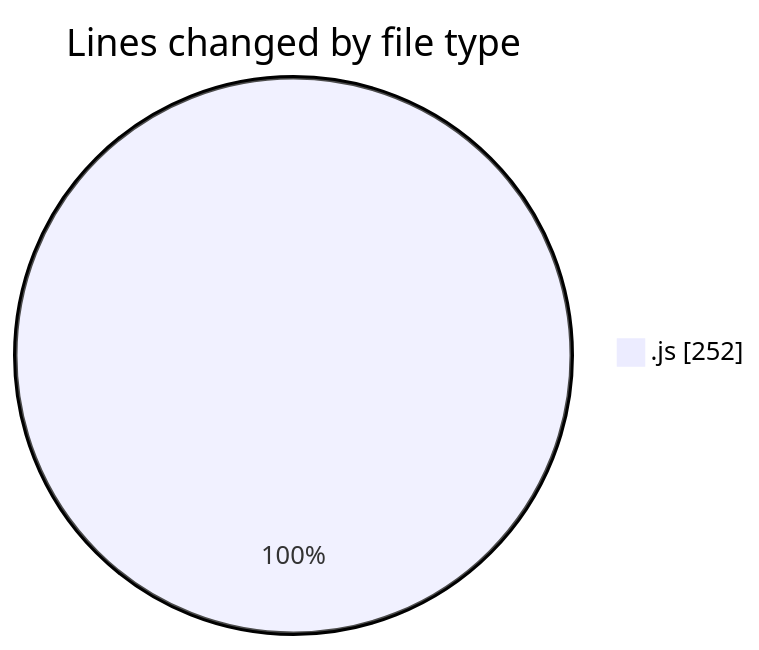
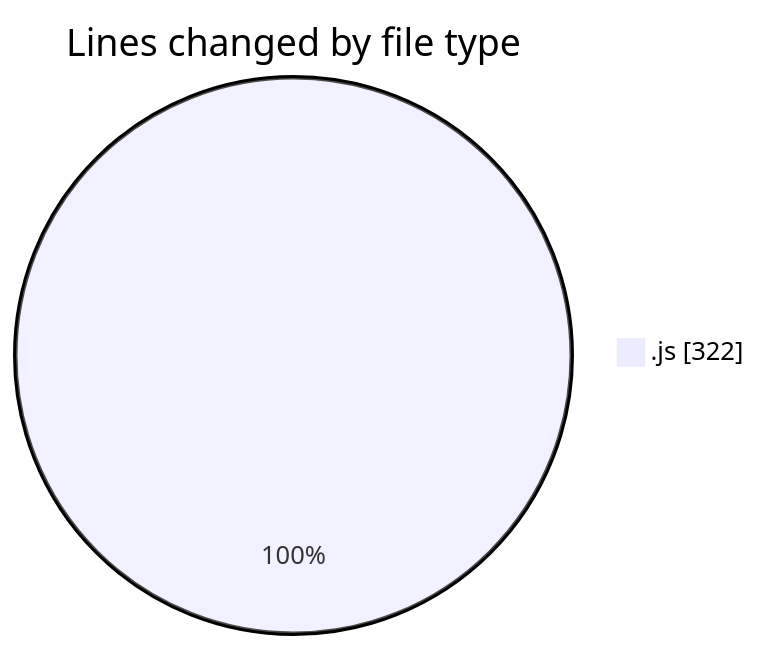
Before and after one commit to BS-eng2023/code-tracking: the first of 2 diagrams in 2025-03-31/jsvms/README.md, drawn with Mermaid. The commit also changed other lines of this file and 1 other file, not shown here.

````diff
--- a/2025-03-31/jsvms/README.md
+++ b/2025-03-31/jsvms/README.md
@@ -22,5 +23,5 @@
 ```mermaid
 pie showData
 title Lines changed by file type
-".js" : 252
+".js" : 322
 ```
````
